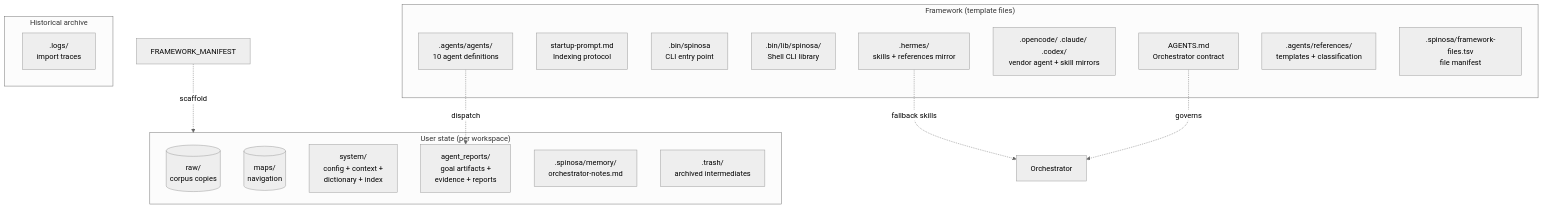
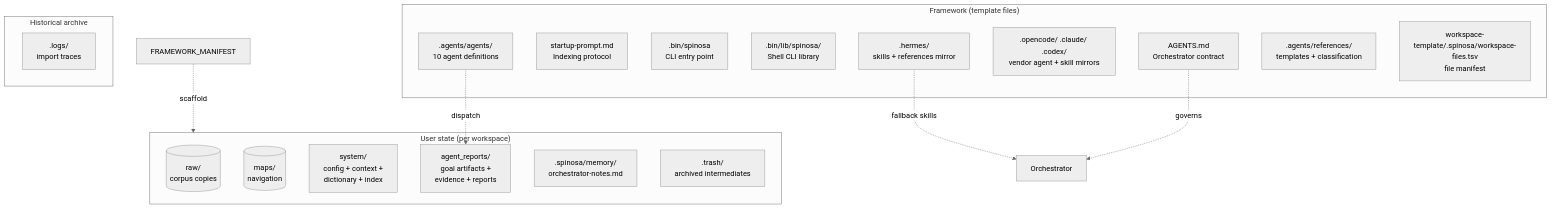
One commit to TommasoPrinetti/spinosa changed the fourth of 9 diagrams in workspace-template/docs/diagrams.md. Above: the diagram before and after it, drawn with Mermaid (neutral theme). The commit also changed 41 other files, not shown here.

````diff
--- a/workspace-template/docs/diagrams.md
+++ b/workspace-template/docs/diagrams.md
@@ -151,34 +151,34 @@
 ```mermaid
 flowchart TB
     subgraph Framework ["Framework (template files)"]
         AGENTS[AGENTS.md\nOrchestrator contract]
         STARTUP[startup-prompt.md\nIndexing protocol]
         CLI_BIN[.bin/spinosa\nCLI entry point]
         SRC[.bin/lib/spinosa/\nShell CLI library]
         DEF[.agents/agents/\n10 agent definitions]
         MIRRORS[.opencode/ .claude/ .codex/\nvendor agent + skill mirrors]
         HERMES[.hermes/\nskills + references mirror]
         REF[.agents/references/\ntemplates + classification]
-        FILES[.spinosa/framework-files.tsv\nfile manifest]
+        FILES[workspace-template/.spinosa/workspace-files.tsv\nfile manifest]
     end
 
     subgraph UserState ["User state (per workspace)"]
         RAW2[(raw/\ncorpus copies)]
         MAPS2[(maps/\nnavigation)]
         SYS[system/\nconfig + context +
         dictionary + index]
         REPORTS[agent_reports/\ngoal artifacts +
         evidence + reports]
         MEMORY[.spinosa/memory/\norchestrator-notes.md]
         TRASH[.trash/\narchived intermediates]
     end
 
     subgraph Logs ["Historical archive"]
         LOGS[.logs/\nimport traces]
     end
 
     FRAMEWORK_MANIFEST -.->|scaffold| UserState
     DEF -.->|dispatch| REPORTS
     HERMES -.->|fallback skills| ORCH[Orchestrator]
     AGENTS -.->|governs| ORCH
 ```
````
